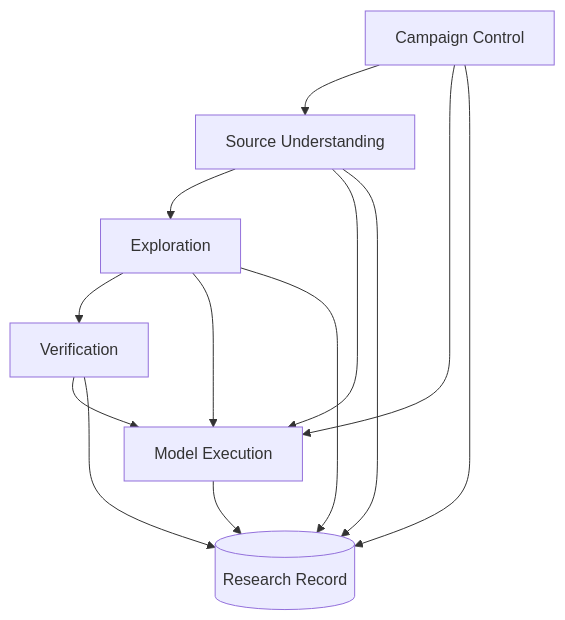
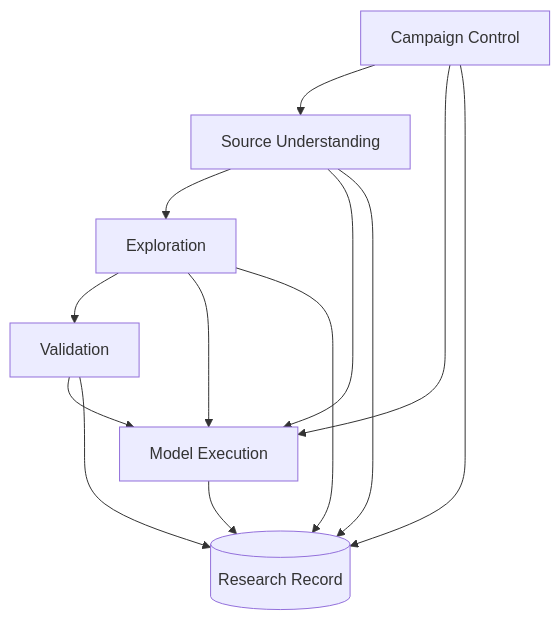
One commit to momoponwork1415-lgtm/wordpress-harness changed the second of 4 diagrams in docs/design/architecture/module-map.md. Above: the diagram before and after it, drawn with Mermaid. The commit also changed other lines of this file and 25 other files, not shown here.

Commit message:
Define source validation and human verification

````diff
--- a/docs/design/architecture/module-map.md
+++ b/docs/design/architecture/module-map.md
@@ -29,21 +29,21 @@
 ```mermaid
 flowchart TB
     campaign["Campaign Control"]
     source["Source Understanding"]
     exploration["Exploration"]
-    verification["Verification"]
+    validation["Validation"]
     execution["Model Execution"]
     record[("Research Record")]
 
-    campaign --> source --> exploration --> verification
+    campaign --> source --> exploration --> validation
     campaign --> execution
     source --> execution
     exploration --> execution
-    verification --> execution
+    validation --> execution
 
     campaign --> record
     source --> record
     exploration --> record
-    verification --> record
+    validation --> record
     execution --> record
 ```
````
